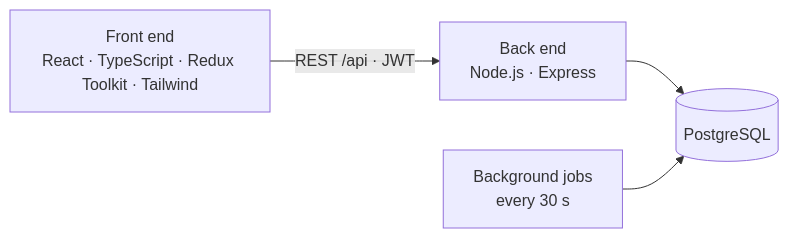
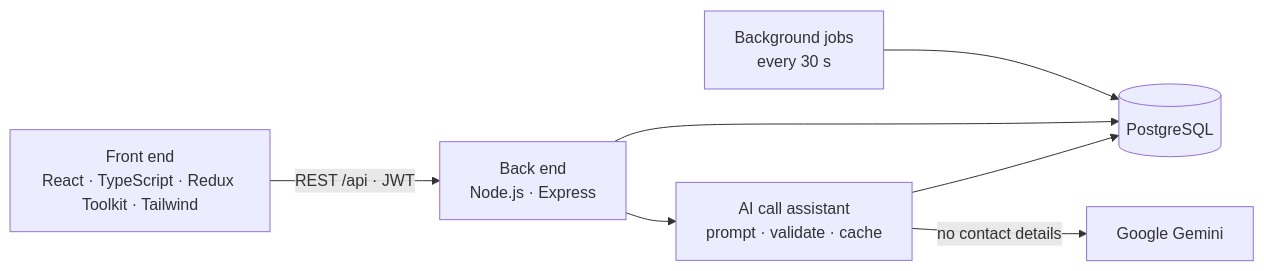
One commit to Anas-hisham/smart-telesales changed the second of 2 diagrams in README.md. Above: the diagram before and after it, drawn with Mermaid. The commit also changed other lines of this file and 4 other files, not shown here.

````diff
--- a/README.md
+++ b/README.md
@@ -98,10 +126,15 @@
 ```mermaid
 flowchart LR
   UI[Front end<br/>React · TypeScript · Redux Toolkit · Tailwind]
   API[Back end<br/>Node.js · Express]
   DB[(PostgreSQL)]
   JOBS[Background jobs<br/>every 30 s]
+  AI[AI call assistant<br/>prompt · validate · cache]
+  LLM[Google Gemini]
   UI -- "REST /api · JWT" --> API
   API --> DB
+  API --> AI
+  AI --> DB
+  AI -- "no contact details" --> LLM
   JOBS --> DB
 ```
````
